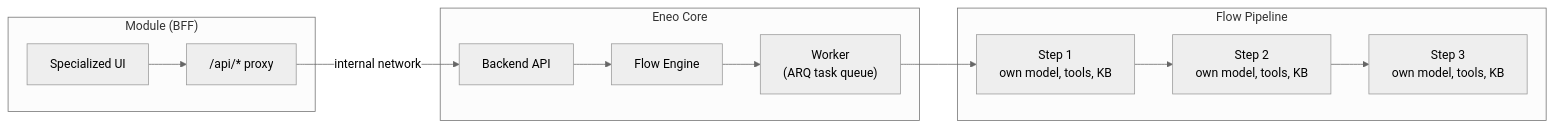
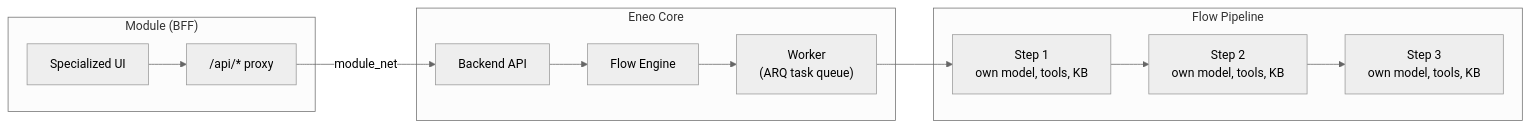
One commit to CCimen/eneo-modules-example changed the first of 4 diagrams in README.md. Above: the diagram before and after it, drawn with Mermaid (neutral theme). The commit also changed other lines of this file, not shown here.

First line of the commit message:
docs(readme): add cross-reference links, fix BFF diagram, add auth broker sequence

````diff
--- a/README.md
+++ b/README.md
@@ -31,29 +31,29 @@
 ```mermaid
 flowchart LR
     subgraph Module["Module (BFF)"]
         UI["Specialized UI"]
         BFF["/api/* proxy"]
     end
 
     subgraph Eneo["Eneo Core"]
         API["Backend API"]
         Engine["Flow Engine"]
         Worker["`Worker
 (ARQ task queue)`"]
     end
 
     subgraph Flow["Flow Pipeline"]
         S1["`Step 1
 own model, tools, KB`"]
         S2["`Step 2
 own model, tools, KB`"]
         S3["`Step 3
 own model, tools, KB`"]
     end
 
     UI --> BFF
-    BFF -->|"internal network"| API
+    BFF -->|"module_net"| API
     API --> Engine
     Engine --> Worker
     Worker --> S1 --> S2 --> S3
 ```
````
